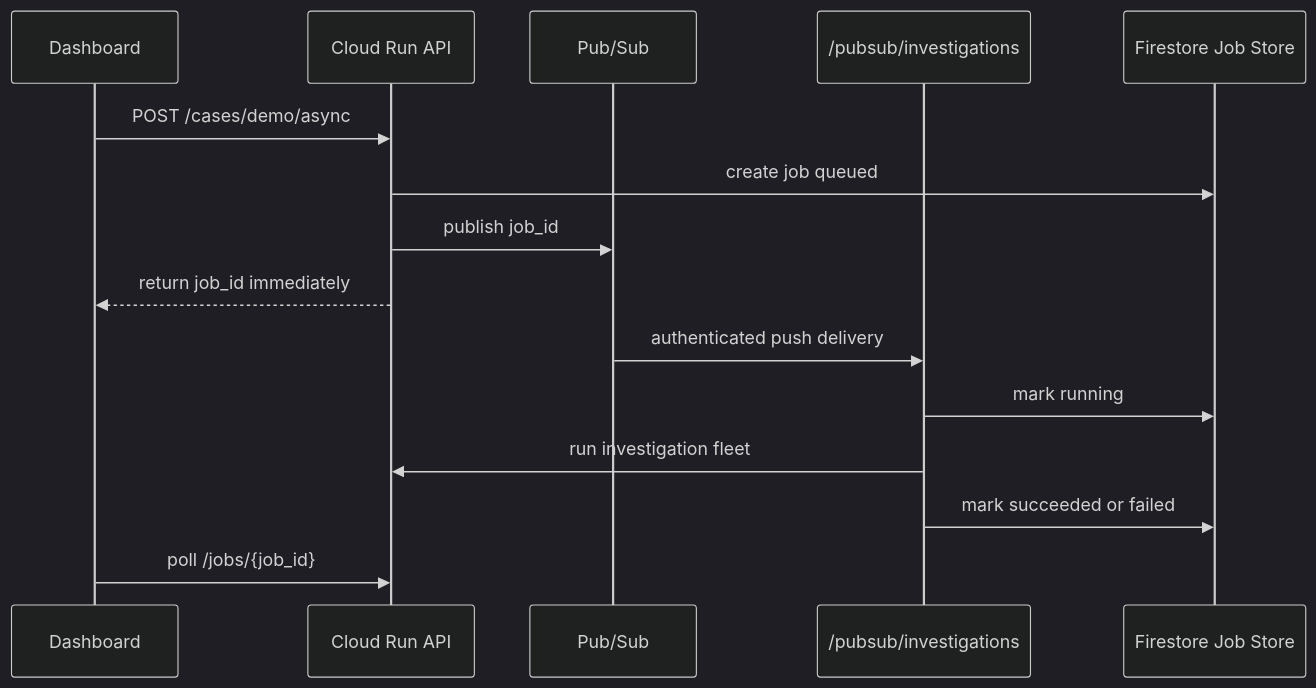
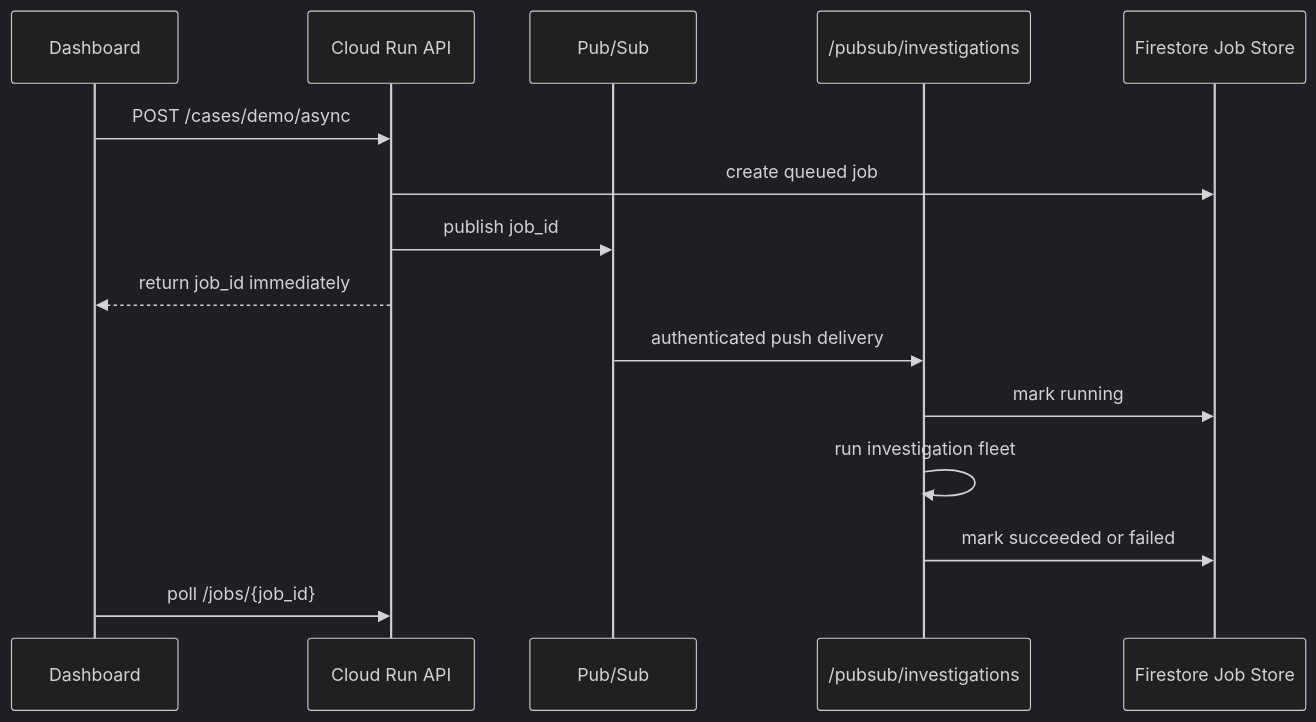
The third of 4 diagrams in README.md (Kanghyeon5468/Tracelayer), drawn with Mermaid (dark theme) before and after one commit. The commit also changed other lines of this file and 13 other files, not shown here.

````diff
--- a/README.md
+++ b/README.md
@@ -192,18 +241,18 @@
 ```mermaid
 sequenceDiagram
     participant UI as Dashboard
     participant API as Cloud Run API
     participant PS as Pub/Sub
     participant Worker as /pubsub/investigations
     participant Store as Firestore Job Store
 
     UI->>API: POST /cases/demo/async
-    API->>Store: create job queued
+    API->>Store: create queued job
     API->>PS: publish job_id
     API-->>UI: return job_id immediately
     PS->>Worker: authenticated push delivery
     Worker->>Store: mark running
-    Worker->>API: run investigation fleet
+    Worker->>Worker: run investigation fleet
     Worker->>Store: mark succeeded or failed
     UI->>API: poll /jobs/{job_id}
 ```
````
